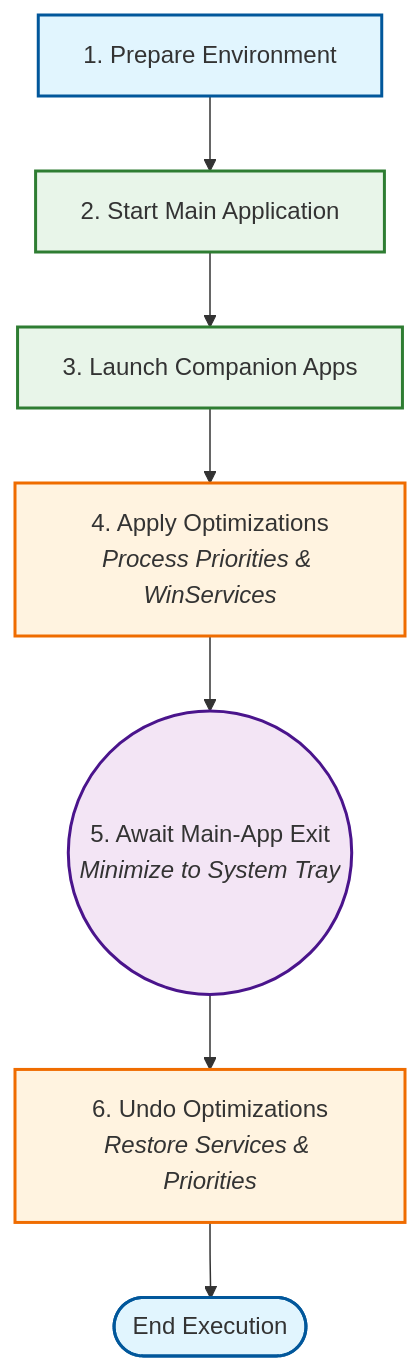
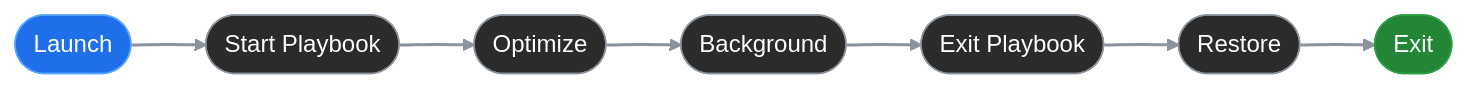
One commit to JanGaida/posh-playbook-launch changed the diagram in README.md. Above: the diagram before and after it, drawn with Mermaid.

Commit message:
Adjusted How-it-Works mermaid

````diff
--- a/README.md
+++ b/README.md
@@ -27,16 +26,25 @@
 ```mermaid
-graph TD
-    %% Styling Definitionen
-    classDef prepare fill:#e1f5fe,stroke:#01579b,stroke-width:2px;
-    classDef launch fill:#e8f5e9,stroke:#2e7d32,stroke-width:2px;
-    classDef opt fill:#fff3e0,stroke:#ef6c00,stroke-width:2px;
-    classDef wait fill:#f3e5f5,stroke:#4a148c,stroke-width:2px;
+%%{init: {'theme':'base'}}%%
 
-    %% Ablauf-Knoten
-    A[1. Prepare Environment]:::prepare --> B[2. Start Main Application]:::launch
-    B --> C[3. Launch Companion Apps]:::launch
-    C --> D[4. Apply Optimizations<br><i>Process Priorities & WinServices</i>]:::opt
-    D --> E((5. Await Main-App Exit<br><i>Minimize to System Tray</i>)):::wait
-    E --> F[6. Undo Optimizations<br><i>Restore Services & Priorities</i>]:::opt
-    F --> G([End Execution]):::prepare
+flowchart LR
+
+    A([Launch])
+    B([Start Playbook])
+    C([Optimize])
+    D([Background])
+    E([Exit Playbook])
+    F([Restore])
+    G([Exit])
+
+    A ==> B ==> C ==> D ==> E ==> F ==> G
+
+    classDef start fill:#1f6feb,stroke:#58a6ff,color:#ffffff;
+    classDef process fill:#2b2b2b,stroke:#8b949e,color:#ffffff;
+    classDef finish fill:#238636,stroke:#2ea043,color:#ffffff;
+
+    class A start;
+    class B,C,D,E,F process;
+    class G finish;
+
+    linkStyle default stroke:#8b949e,stroke-width:2px;
 ```
````
